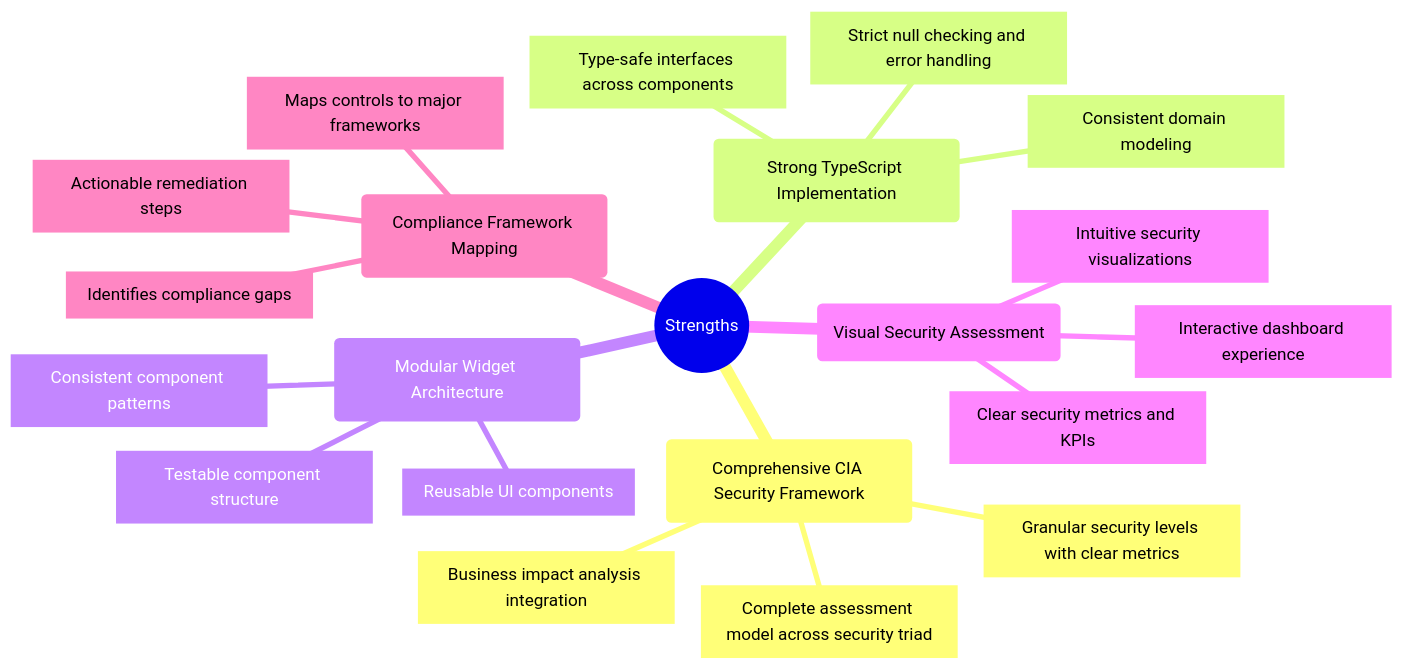
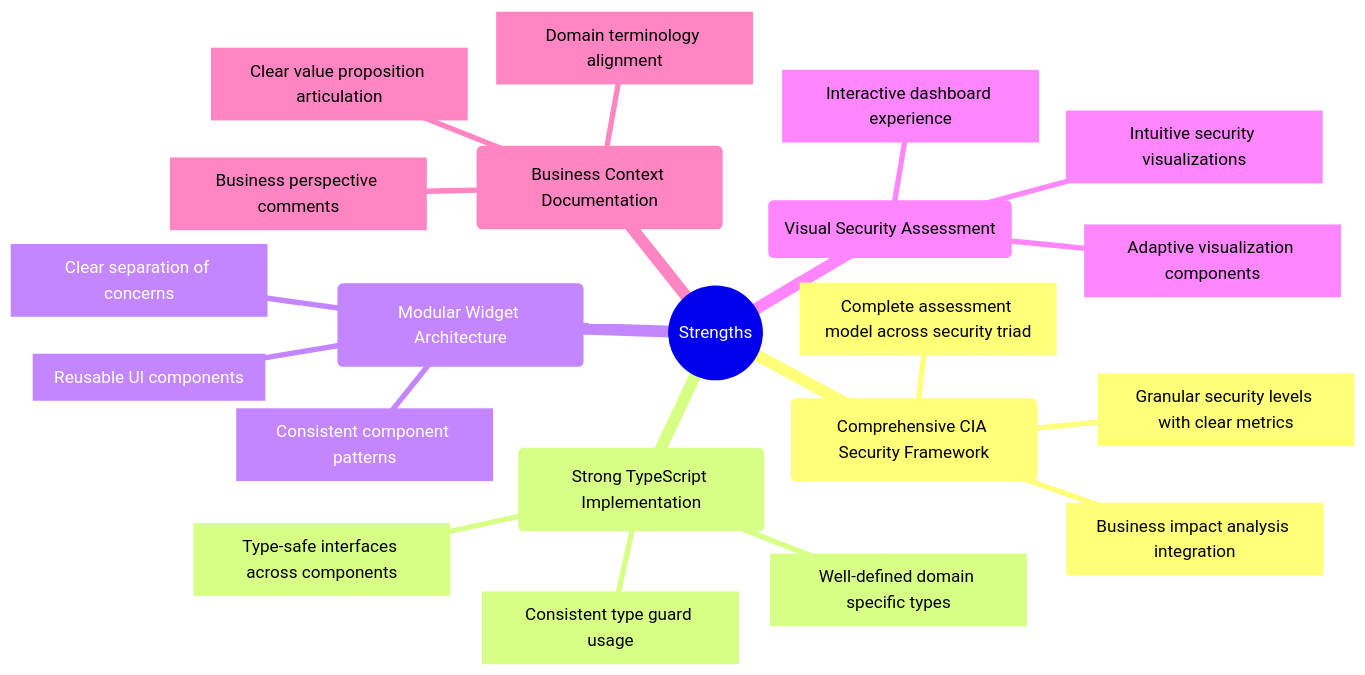
The third of 6 diagrams in docs/architecture/SWOT.md (Hack23/cia-compliance-manager), drawn with Mermaid before and after one commit. The commit also changed other lines of this file and 5 other files, not shown here.

````diff
--- a/docs/architecture/SWOT.md
+++ b/docs/architecture/SWOT.md
@@ -115,24 +119,24 @@
 ```mermaid
 mindmap
   root((Strengths))
     id1(Comprehensive CIA Security Framework)
       id1.1[Complete assessment model across security triad]
       id1.2[Granular security levels with clear metrics]
       id1.3[Business impact analysis integration]
     id2(Strong TypeScript Implementation)
       id2.1[Type-safe interfaces across components]
-      id2.2[Strict null checking and error handling]
-      id2.3[Consistent domain modeling]
+      id2.2[Well-defined domain specific types]
+      id2.3[Consistent type guard usage]
     id3(Modular Widget Architecture)
       id3.1[Reusable UI components]
       id3.2[Consistent component patterns]
-      id3.3[Testable component structure]
+      id3.3[Clear separation of concerns]
     id4(Visual Security Assessment)
       id4.1[Intuitive security visualizations]
       id4.2[Interactive dashboard experience]
-      id4.3[Clear security metrics and KPIs]
-    id5(Compliance Framework Mapping)
-      id5.1[Maps controls to major frameworks]
-      id5.2[Identifies compliance gaps]
-      id5.3[Actionable remediation steps]
+      id4.3[Adaptive visualization components]
+    id5(Business Context Documentation)
+      id5.1[Business perspective comments]
+      id5.2[Clear value proposition articulation]
+      id5.3[Domain terminology alignment]
 ```
````
